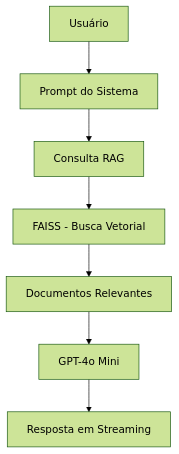
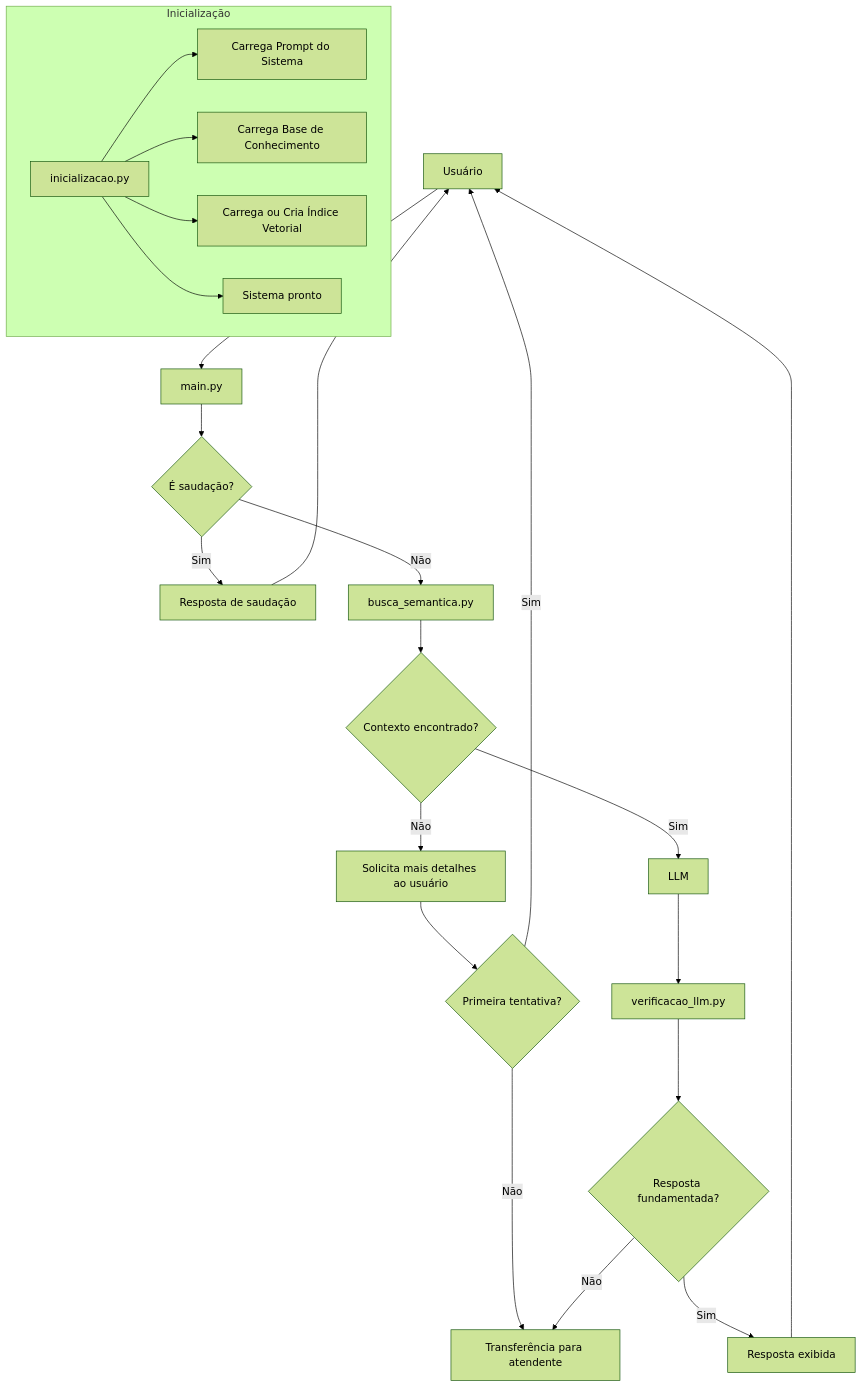
Before and after one commit to igormuccio/max-assistente: the diagram in README.md, drawn with Mermaid (forest theme).

Commit message:
Atualiza diagrama de arquitetura após reorganização do projeto

````diff
--- a/README.md
+++ b/README.md
@@ -35,9 +35,42 @@
 ```mermaid
 flowchart TD
-    A[Usuário] --> B[Prompt do Sistema]
-    B --> C[Consulta RAG]
-    C --> D[FAISS - Busca Vetorial]
-    D --> E[Documentos Relevantes]
-    E --> F[GPT-4o Mini]
-    F --> G[Resposta em Streaming]
+
+    %% Inicialização
+    subgraph Inicialização
+        A[inicializacao.py]
+        A --> B[Carrega Prompt do Sistema]
+        A --> C[Carrega Base de Conhecimento]
+        A --> D[Carrega ou Cria Índice Vetorial]
+        A --> E[Sistema pronto]
+    end
+
+    %% Fluxo principal
+    U[Usuário] --> M[main.py]
+
+    M --> S{É saudação?}
+
+    S -- Sim --> G[Resposta de saudação]
+    G --> U
+
+    S -- Não --> R[busca_semantica.py]
+
+    R --> T{Contexto encontrado?}
+
+    T -- Não --> V[Solicita mais detalhes ao usuário]
+
+    V --> F{Primeira tentativa?}
+
+    F -- Sim --> U
+    F -- Não --> X[Transferência para atendente]
+
+    T -- Sim --> L[LLM]
+
+    L --> W[verificacao_llm.py]
+
+    W --> Y{Resposta fundamentada?}
+
+    Y -- Sim --> Z[Resposta exibida]
+    Z --> U
+
+    Y -- Não --> X
 ```
````
